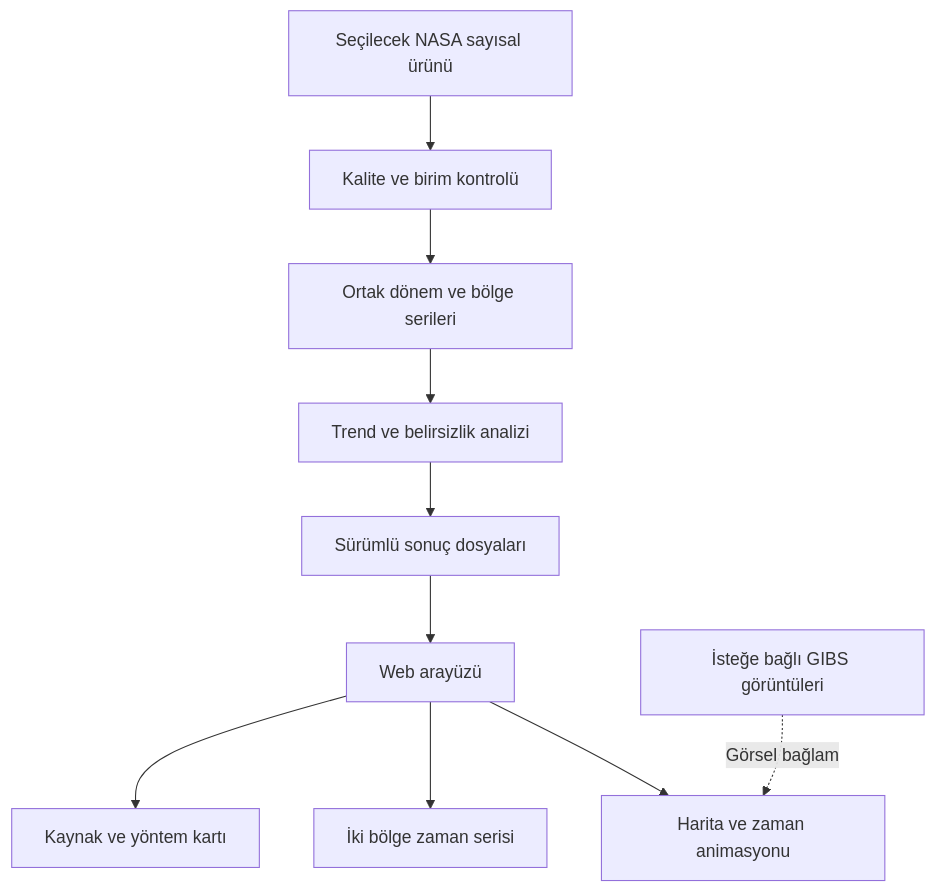
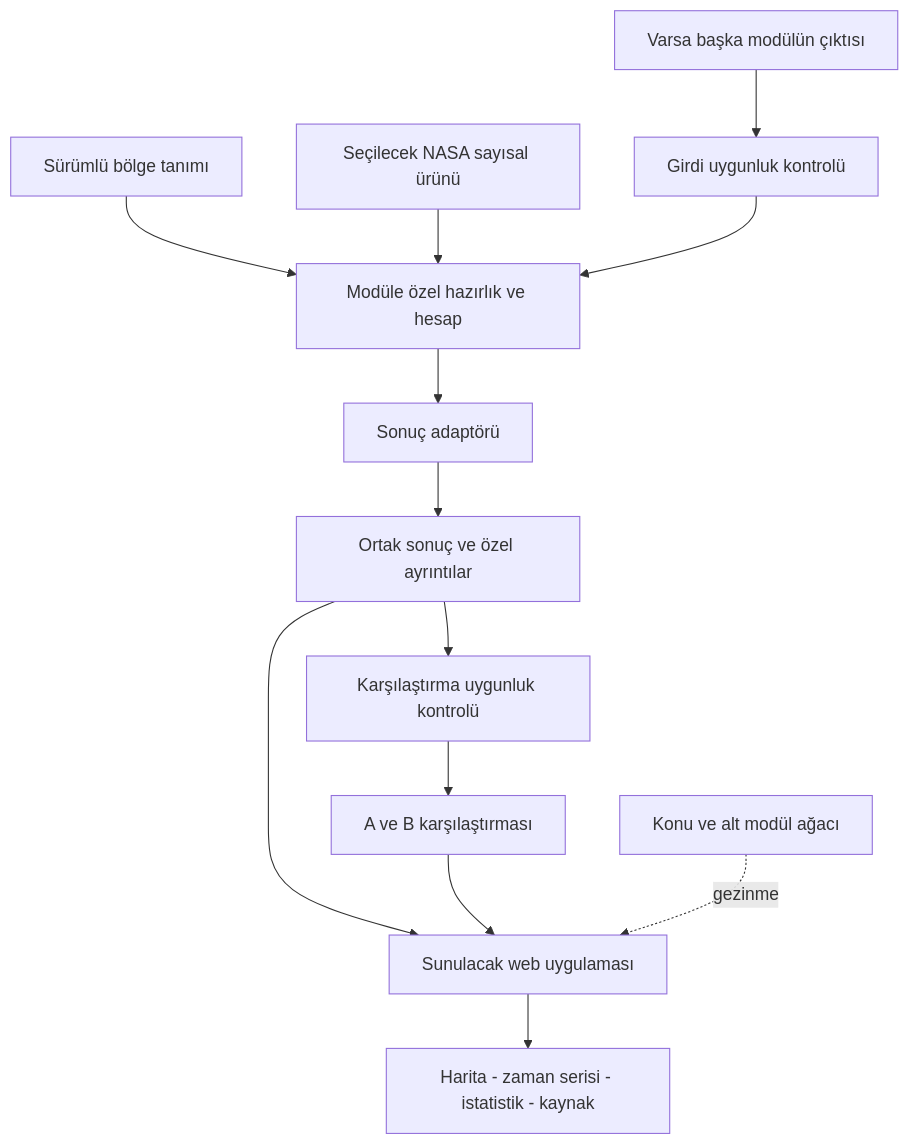
The diagram in portal/docs/architecture/SYSTEM_MAP.md (sq0eezy/expedition-73), drawn with Mermaid before and after one commit. The commit also changed other lines of this file and 37 other files, not shown here.

```diff
--- a/portal/docs/architecture/SYSTEM_MAP.md
+++ b/portal/docs/architecture/SYSTEM_MAP.md
@@ -5,12 +9,15 @@
 ~~~mermaid
 flowchart TB
-    N[Seçilecek NASA sayısal ürünü] --> Q[Kalite ve birim kontrolü]
-    Q --> R[Ortak dönem ve bölge serileri]
-    R --> T[Trend ve belirsizlik analizi]
-    T --> A[Sürümlü sonuç dosyaları]
-    A --> W[Web arayüzü]
-    W --> M[Harita ve zaman animasyonu]
-    W --> C[İki bölge zaman serisi]
-    W --> E[Kaynak ve yöntem kartı]
-    G[İsteğe bağlı GIBS görüntüleri] -. Görsel bağlam .-> M
+    B[Sürümlü bölge tanımı] --> M[Modüle özel hazırlık ve hesap]
+    N[Seçilecek NASA sayısal ürünü] --> M
+    I[Varsa başka modülün çıktısı] --> U[Girdi uygunluk kontrolü]
+    U --> M
+    M --> A[Sonuç adaptörü]
+    A --> O[Ortak sonuç ve özel ayrıntılar]
+    O --> V[Karşılaştırma uygunluk kontrolü]
+    V --> C[A ve B karşılaştırması]
+    O --> W[Sunulacak web uygulaması]
+    C --> W
+    H[Konu ve alt modül ağacı] -. gezinme .-> W
+    W --> T[Harita - zaman serisi - istatistik - kaynak]
 ~~~
```
